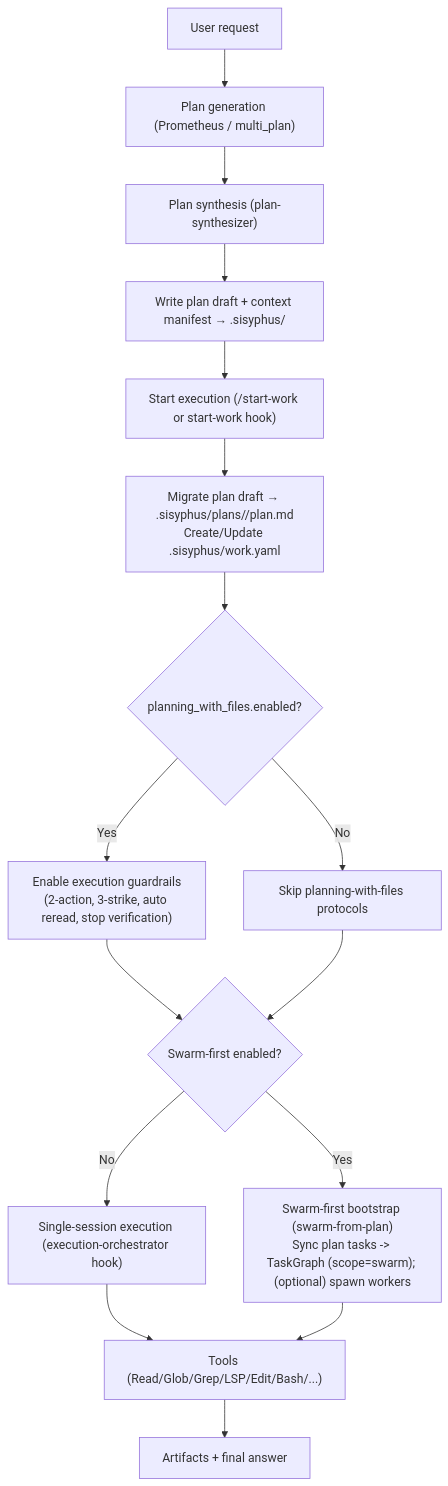
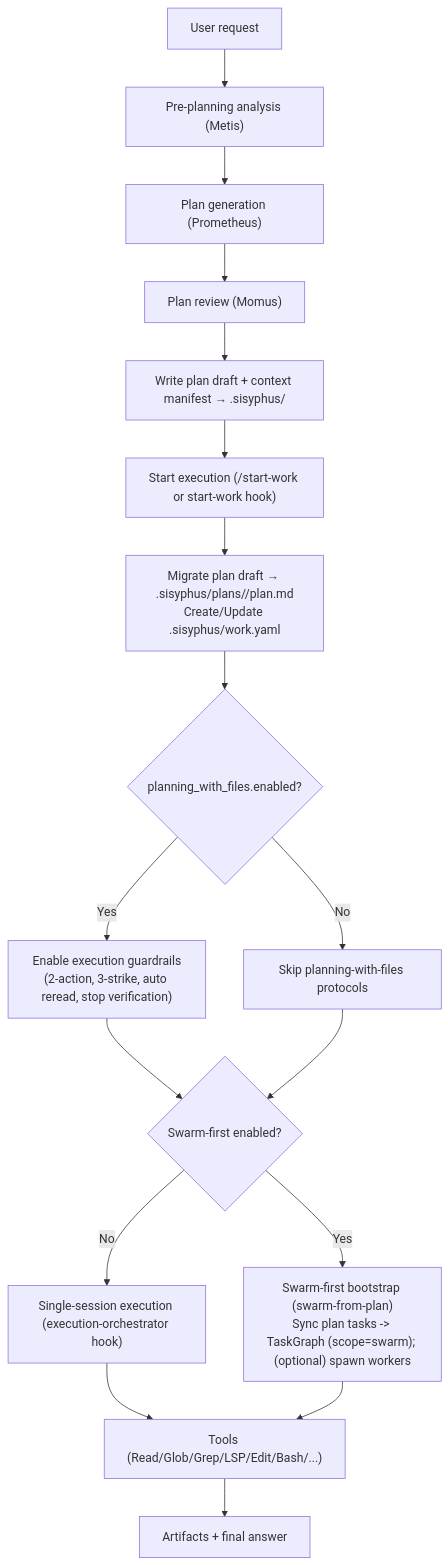
The diagram in docs/journeys/planning-to-execution.md (arcthur/oh-my-opencode), drawn with Mermaid before and after one commit. The commit also changed other lines of this file and 79 other files, not shown here.

First line of the commit message:
feat(prometheus): integrate Metis/Momus into planning pipeline with BRAINSTORMING_MODE

````diff
--- a/docs/journeys/planning-to-execution.md
+++ b/docs/journeys/planning-to-execution.md
@@ -10,22 +10,23 @@
 ```mermaid
 flowchart TD
-  U["User request"] --> PG["Plan generation (Prometheus / multi_plan)"]
-  PG --> PS["Plan synthesis (plan-synthesizer)"]
+  U["User request"] --> MT["Pre-planning analysis (Metis)"]
+  MT --> PG["Plan generation (Prometheus)"]
+  PG --> MO["Plan review (Momus)"]
 
-  PS --> ART["Write plan draft + context manifest → .sisyphus/"]
+  MO --> ART["Write plan draft + context manifest → .sisyphus/"]
   ART --> SW["Start execution (/start-work or start-work hook)"]
   SW --> MIG["Migrate plan draft → .sisyphus/plans/<planId>/plan.md\nCreate/Update .sisyphus/work.yaml"]
 
   MIG --> PWF{"planning_with_files.enabled?"}
   PWF -->|Yes| PWFY["Enable execution guardrails\n(2-action, 3-strike, auto reread, stop verification)"]
   PWF -->|No| PWFN["Skip planning-with-files protocols"]
 
   PWFY --> MODE{"Swarm-first enabled?"}
   PWFN --> MODE
   MODE -->|No| AT["Single-session execution (execution-orchestrator hook)"]
   MODE -->|Yes| SF["Swarm-first bootstrap (swarm-from-plan)\nSync plan tasks -> TaskGraph (scope=swarm); (optional) spawn workers"]
 
   AT --> TOOL["Tools (Read/Glob/Grep/LSP/Edit/Bash/...)"]
   SF --> TOOL
   TOOL --> OUT["Artifacts + final answer"]
 ```
````
